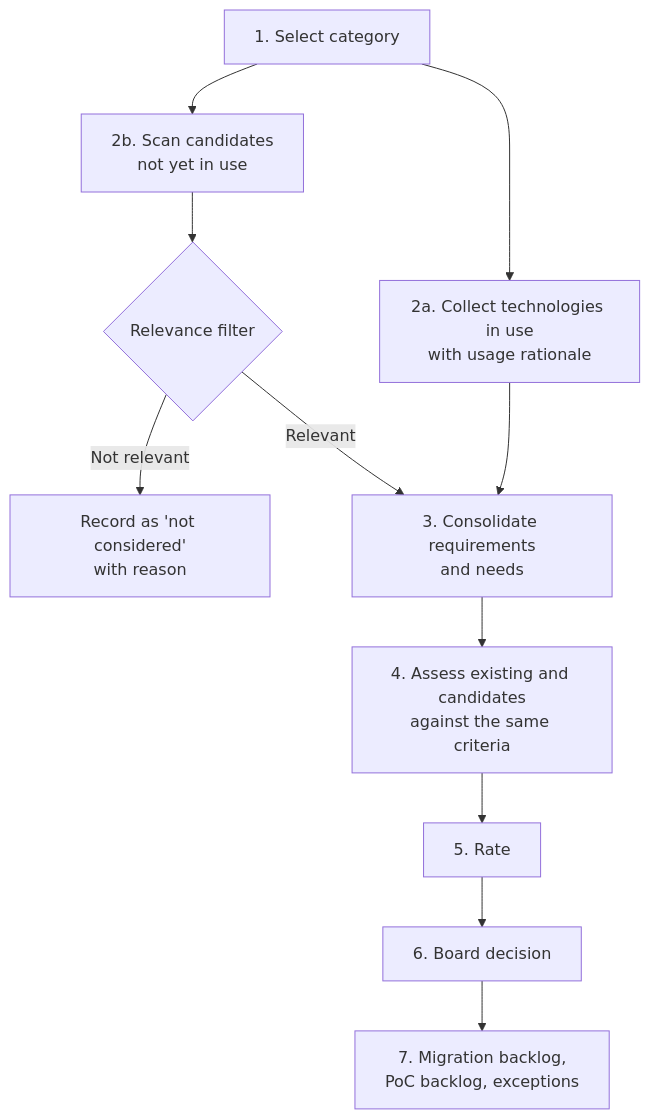
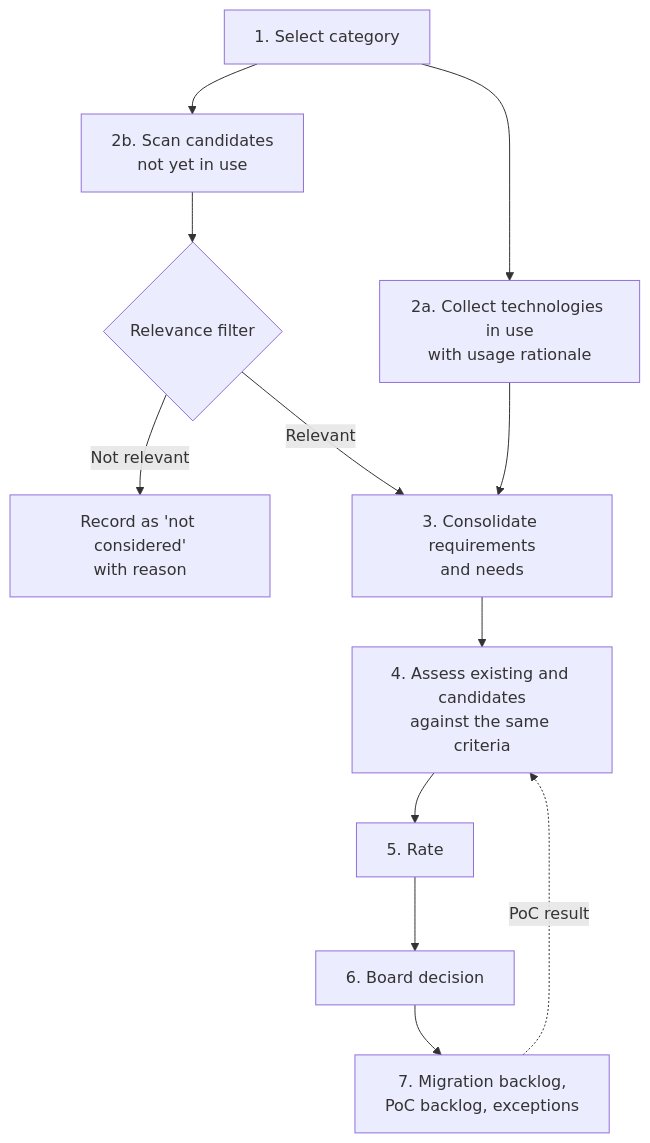
One commit to Kikkirej/framework changed the second of 8 diagrams in docs/Architecture/technology-harmonization.md. Above: the diagram before and after it, drawn with Mermaid. The commit also changed other lines of this file, not shown here.

````diff
--- a/docs/Architecture/technology-harmonization.md
+++ b/docs/Architecture/technology-harmonization.md
@@ -193,13 +216,14 @@
 ```mermaid
 flowchart TD
     A[1. Select category] --> B[2a. Collect technologies in use<br/>with usage rationale]
     A --> S[2b. Scan candidates<br/>not yet in use]
     S --> F1{Relevance filter}
     F1 -->|Not relevant| X[Record as 'not considered'<br/>with reason]
     F1 -->|Relevant| C
     B --> C[3. Consolidate requirements<br/>and needs]
     C --> D[4. Assess existing and candidates<br/>against the same criteria]
     D --> E[5. Rate]
     E --> G[6. Board decision]
     G --> H[7. Migration backlog,<br/>PoC backlog, exceptions]
+    H -.->|PoC result| D
 ```
````
